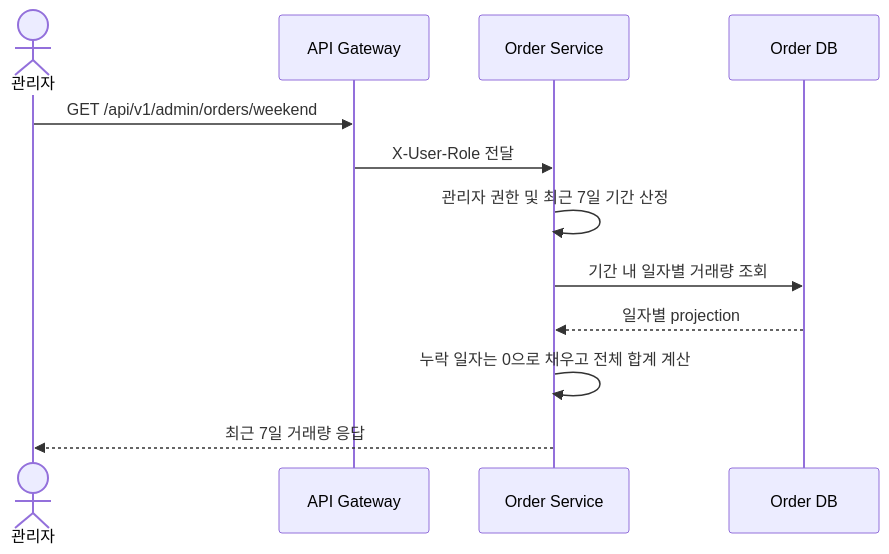
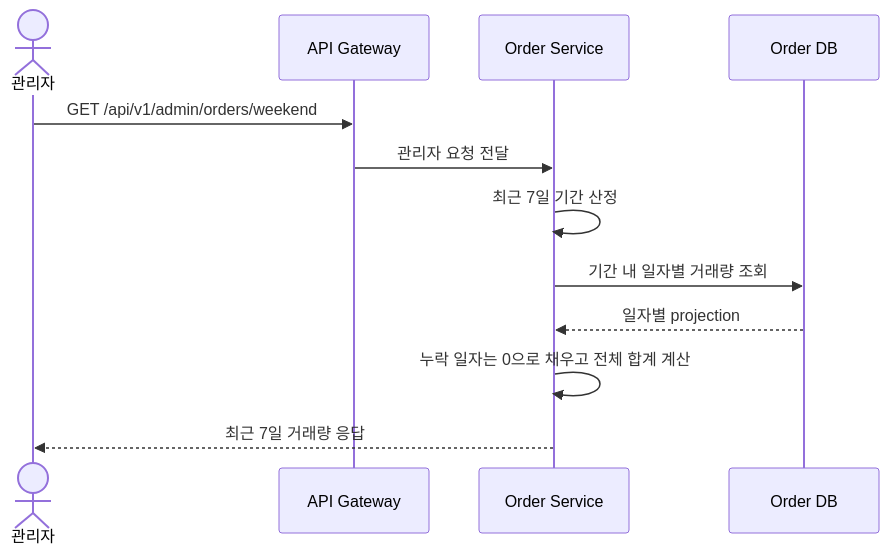
Before and after one commit to prgrms-be-adv-devcourse/beadv6_6_3JMT_BE: diagram 12 of 15 in docs/architecture/order-usecase-detail.md, drawn with Mermaid. The commit also changed other lines of this file and 18 other files, not shown here.

Commit message:
chore: remove order-service X-User-Role dependency

````diff
--- a/docs/architecture/order-usecase-detail.md
+++ b/docs/architecture/order-usecase-detail.md
@@ -389,15 +388,15 @@
 ```mermaid
 sequenceDiagram
     actor Admin as 관리자
     participant Gateway as API Gateway
     participant Order as Order Service
     participant DB as Order DB
 
     Admin->>Gateway: GET /api/v1/admin/orders/weekend
-    Gateway->>Order: X-User-Role 전달
-    Order->>Order: 관리자 권한 및 최근 7일 기간 산정
+    Gateway->>Order: 관리자 요청 전달
+    Order->>Order: 최근 7일 기간 산정
     Order->>DB: 기간 내 일자별 거래량 조회
     DB-->>Order: 일자별 projection
     Order->>Order: 누락 일자는 0으로 채우고 전체 합계 계산
     Order-->>Admin: 최근 7일 거래량 응답
 ```
````
